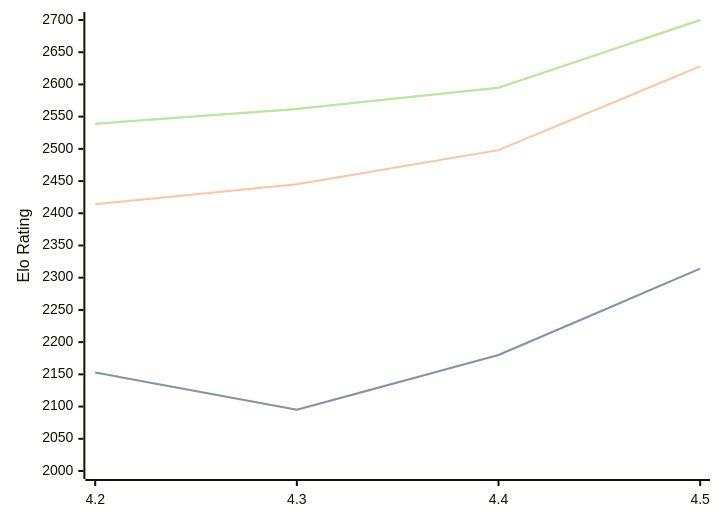
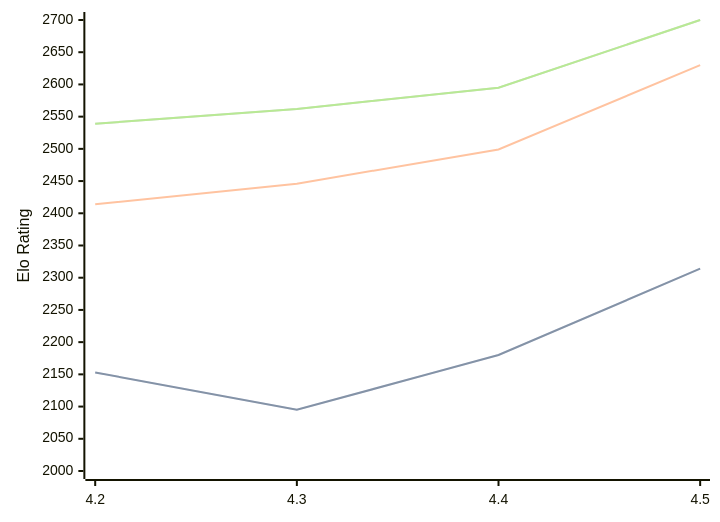
One commit to computer-chess-index/cci changed the diagram in engines/Eubos.md. Above: the diagram before and after it, drawn with Mermaid. The commit also changed other lines of this file, not shown here.

````diff
--- a/engines/Eubos.md
+++ b/engines/Eubos.md
@@ -34,11 +34,11 @@
 ```mermaid
 %%{init: {"theme":"base","themeVariables":{"seriesColors:['#a3a3a3','#222221','#faa371']}}}%%
 xychart-beta
   x-axis ["4.2", "4.3", "4.4", "4.5"]
   y-axis "Elo Rating" 2000 --> 2700
   line "STC (8.0+0.08s)" [2153, 2095, 2180, 2314]
   line "STC (8.0+0.08s)" [2153, 2095, 2180, 2314]
-  line "LTC (60.0+0.60s)" [2414, 2445, 2498, 2628]
+  line "LTC (60.0+0.60s)" [2414, 2446, 2499, 2630]
   line "VLTC (2m24s+1.12s)" [2539, 2562, 2595, 2700]
   line "VLTC (2m24s+1.12s)" [2539, 2562, 2595, 2700]
 ```
````
